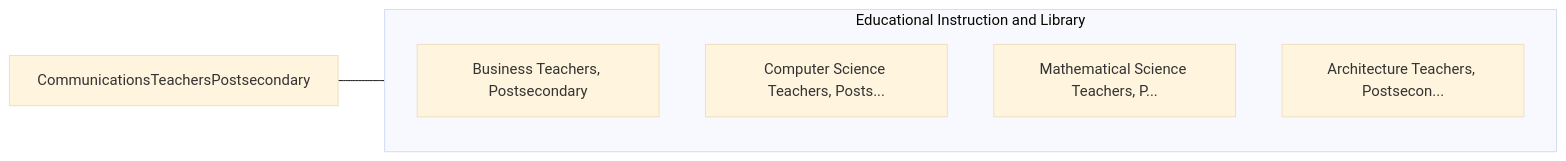
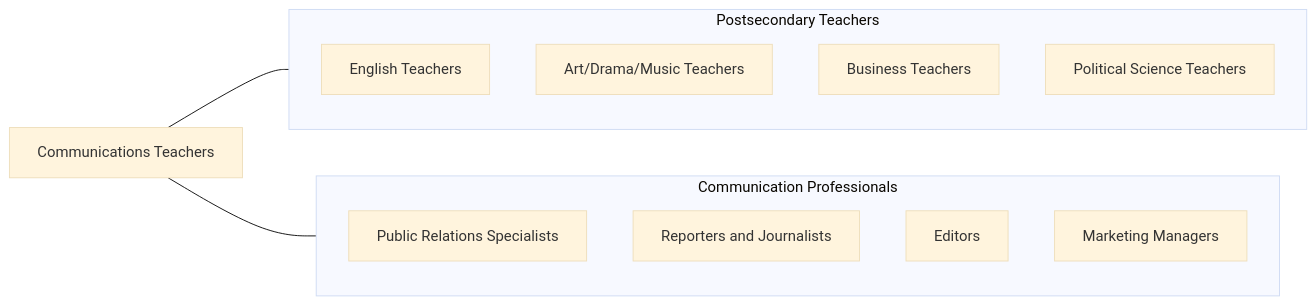
The fourth of 4 diagrams in occupations/Education/CommunicationsTeachersPostsecondary.mdx (kziemski/business.org.ai), drawn with Mermaid (base theme) before and after one commit. The commit also changed other lines of this file and 938 other files, not shown here.

````diff
--- a/occupations/Education/CommunicationsTeachersPostsecondary.mdx
+++ b/occupations/Education/CommunicationsTeachersPostsecondary.mdx
@@ -90,13 +170,21 @@
 ```mermaid
 graph LR
-    Current["CommunicationsTeachersPostsecondary"]
+    Current["Communications Teachers"]
 
-    subgraph SameCategory["Educational Instruction and Library"]
-        BusinessTeachersPost["Business Teachers, Postsecondary"]
-        ComputerScienceTeach["Computer Science Teachers, Posts..."]
-        MathematicalScienceT["Mathematical Science Teachers, P..."]
-        ArchitectureTeachers["Architecture Teachers, Postsecon..."]
+    subgraph SameCategory["Postsecondary Teachers"]
+        English["English Teachers"]
+        ArtDrama["Art/Drama/Music Teachers"]
+        Business["Business Teachers"]
+        PolSci["Political Science Teachers"]
+    end
+
+    subgraph CrossFunctional["Communication Professionals"]
+        PRSpec["Public Relations Specialists"]
+        Journalists["Reporters and Journalists"]
+        Editors["Editors"]
+        MarketingMgrs["Marketing Managers"]
     end
 
     Current --- SameCategory
+    Current --- CrossFunctional
 ```
````
